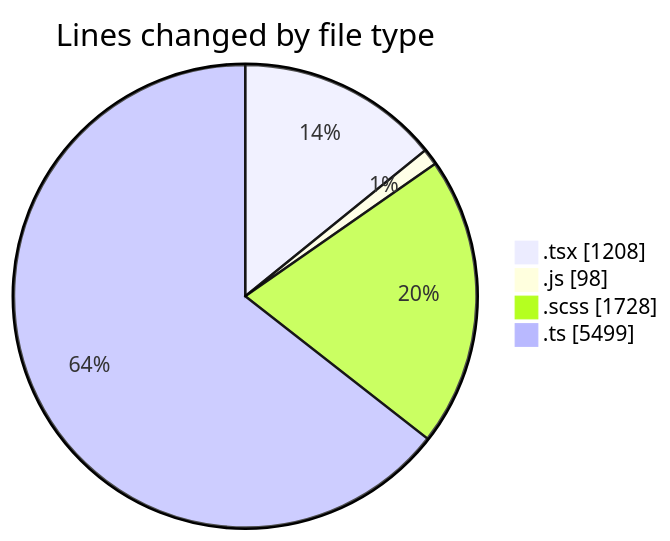
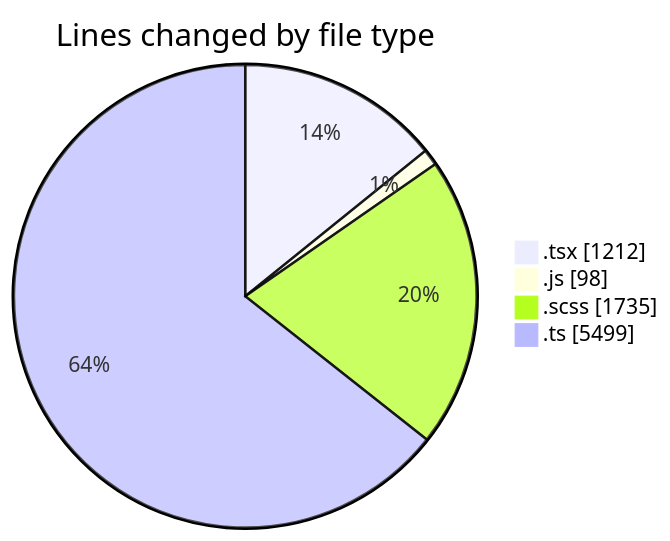
Before and after one commit to momahboobian/code-tracking: the first of 2 diagrams in 2025-03-31/cda/README.md, drawn with Mermaid. The commit also changed other lines of this file and 1 other file, not shown here.

````diff
--- a/2025-03-31/cda/README.md
+++ b/2025-03-31/cda/README.md
@@ -39,8 +39,8 @@
 ```mermaid
 pie showData
 title Lines changed by file type
-".tsx" : 1208
+".tsx" : 1212
 ".js" : 98
-".scss" : 1728
+".scss" : 1735
 ".ts" : 5499
 ```
````
